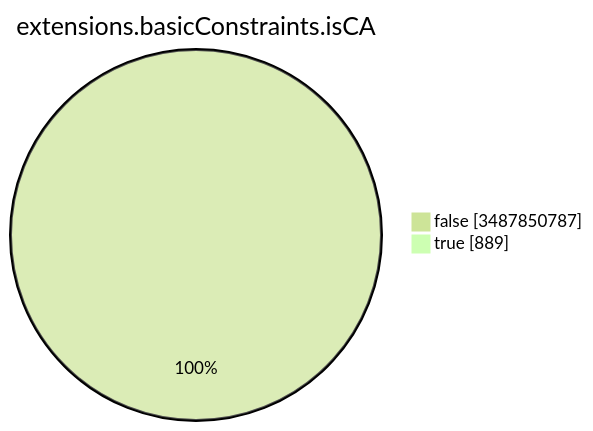
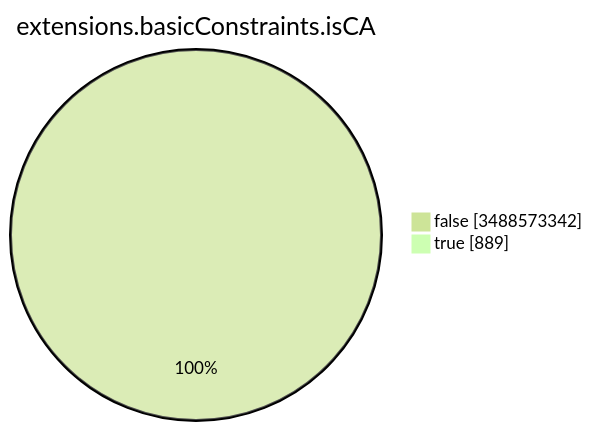
Before and after one commit to christiankrug/ctmonitor_visualization: the seventh of 15 diagrams in TOTAL/README.md, drawn with Mermaid (forest theme). The commit also changed other lines of this file, not shown here.

````diff
--- a/TOTAL/README.md
+++ b/TOTAL/README.md
@@ -3093,6 +3093,6 @@
 ```mermaid
 pie showData
 title extensions.basicConstraints.isCA
-"false" :3487850787
+"false" :3488573342
 "true" :889
 ```
````
